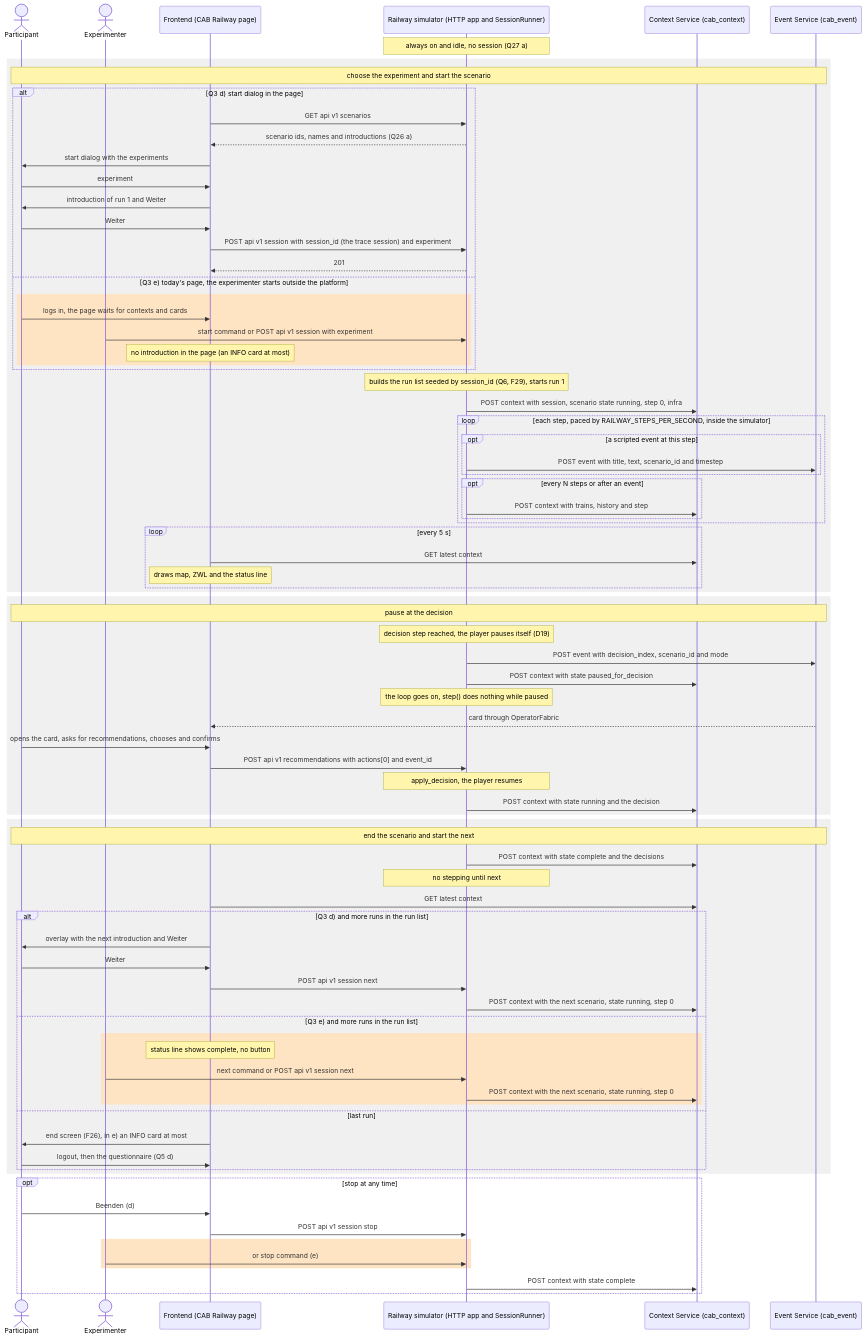
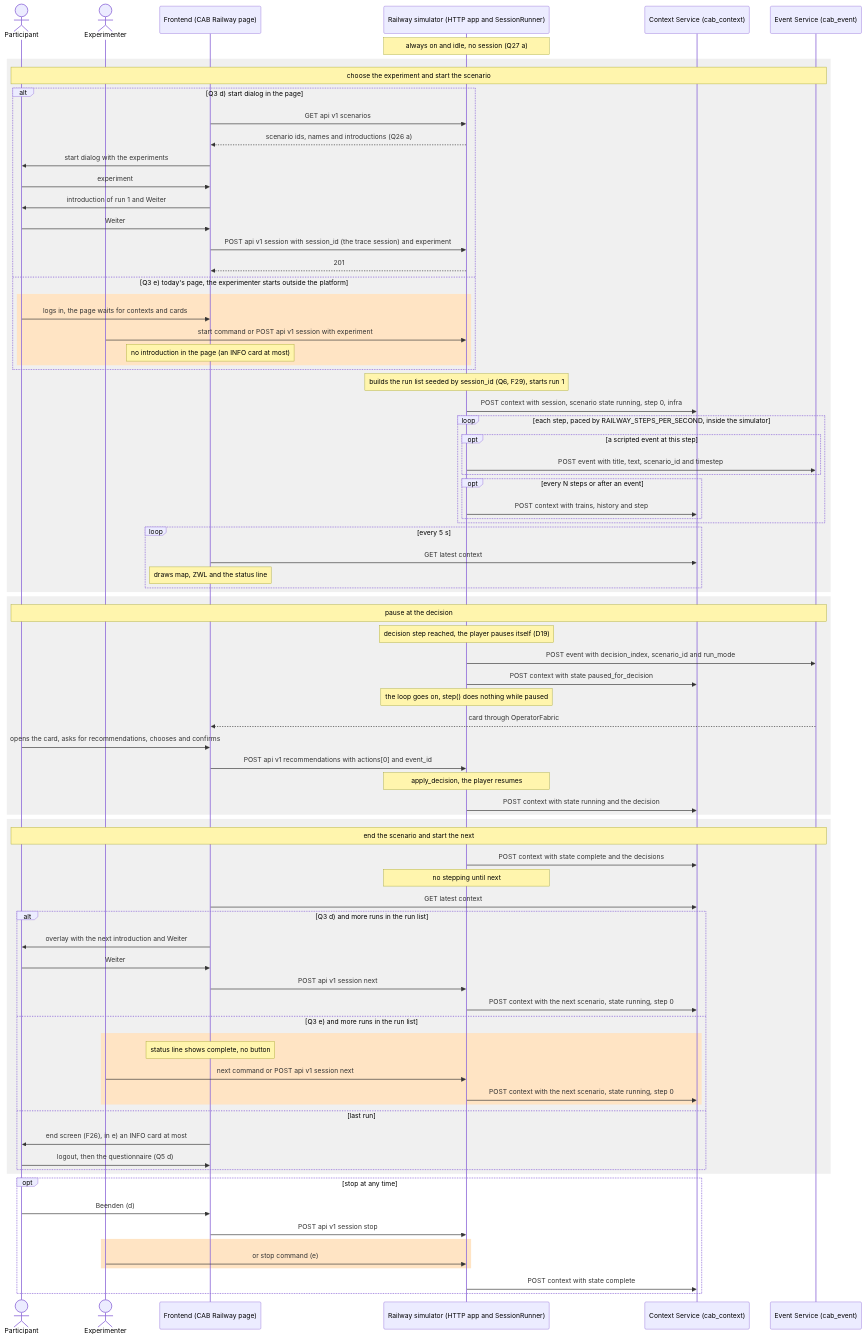
One commit to ainetus/InteractiveAI changed the ninth of 12 diagrams in docs/plans/railway-use-case.md. Above: the diagram before and after it, drawn with Mermaid. The commit also changed other lines of this file, not shown here.

```diff
--- a/docs/plans/railway-use-case.md
+++ b/docs/plans/railway-use-case.md
@@ -1324,7 +1340,7 @@
     rect rgb(240, 240, 240)
     Note over P,Ev: pause at the decision
     Note over Sim: decision step reached, the player pauses itself (D19)
-    Sim->>Ev: POST event with decision_index, scenario_id and mode
+    Sim->>Ev: POST event with decision_index, scenario_id and run_mode
     Sim->>Ctx: POST context with state paused_for_decision
     Note over Sim: the loop goes on, step() does nothing while paused
     Ev-->>FE: card through OperatorFabric
```
